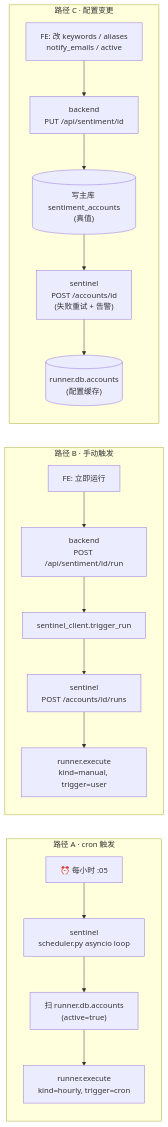
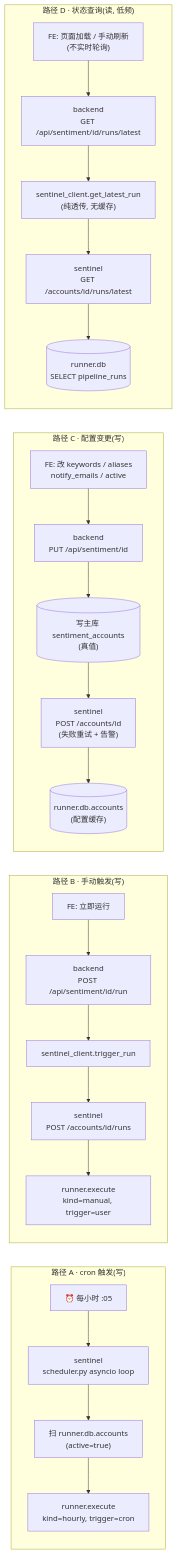
The second of 5 diagrams in services/sentinel-service/docs/sentiment-architecture-v2.md (sr007-cxy/Vigilath), drawn with Mermaid before and after one commit. The commit also changed other lines of this file, not shown here.

First line of the commit message:
docs(sentiment): v2 架构去掉邮件通道 + FE 不实时显示任务状态

````diff
--- a/services/sentinel-service/docs/sentiment-architecture-v2.md
+++ b/services/sentinel-service/docs/sentiment-architecture-v2.md
@@ -105,29 +105,38 @@
 ```mermaid
 flowchart LR
-    subgraph A["路径 A · cron 触发"]
+    subgraph A["路径 A · cron 触发(写)"]
         direction TB
         a1["⏰ 每小时 :05"]
         a2["sentinel<br/>scheduler.py asyncio loop"]
         a3["扫 runner.db.accounts<br/>(active=true)"]
         a4["runner.execute<br/>kind=hourly, trigger=cron"]
         a1 --> a2 --> a3 --> a4
     end
-    subgraph B["路径 B · 手动触发"]
+    subgraph B["路径 B · 手动触发(写)"]
         direction TB
         b1["FE: 立即运行"]
         b2["backend<br/>POST /api/sentiment/id/run"]
         b3["sentinel_client.trigger_run"]
         b4["sentinel<br/>POST /accounts/id/runs"]
         b5["runner.execute<br/>kind=manual, trigger=user"]
         b1 --> b2 --> b3 --> b4 --> b5
     end
-    subgraph C["路径 C · 配置变更"]
+    subgraph C["路径 C · 配置变更(写)"]
         direction TB
         c1["FE: 改 keywords / aliases<br/>notify_emails / active"]
         c2["backend<br/>PUT /api/sentiment/id"]
         c3[("写主库 sentiment_accounts<br/>(真值)")]
         c4["sentinel<br/>POST /accounts/id<br/>(失败重试 + 告警)"]
         c5[("runner.db.accounts<br/>(配置缓存)")]
         c1 --> c2 --> c3 --> c4 --> c5
     end
+    subgraph D["路径 D · 状态查询(读, 低频)"]
+        direction TB
+        d1["FE: 页面加载 / 手动刷新<br/>(不实时轮询)"]
+        d2["backend<br/>GET /api/sentiment/id/runs/latest"]
+        d3["sentinel_client.get_latest_run<br/>(纯透传, 无缓存)"]
+        d4["sentinel<br/>GET /accounts/id/runs/latest"]
+        d5[("runner.db<br/>SELECT pipeline_runs")]
+        d1 --> d2 --> d3 --> d4 --> d5
+    end
 ```
````
